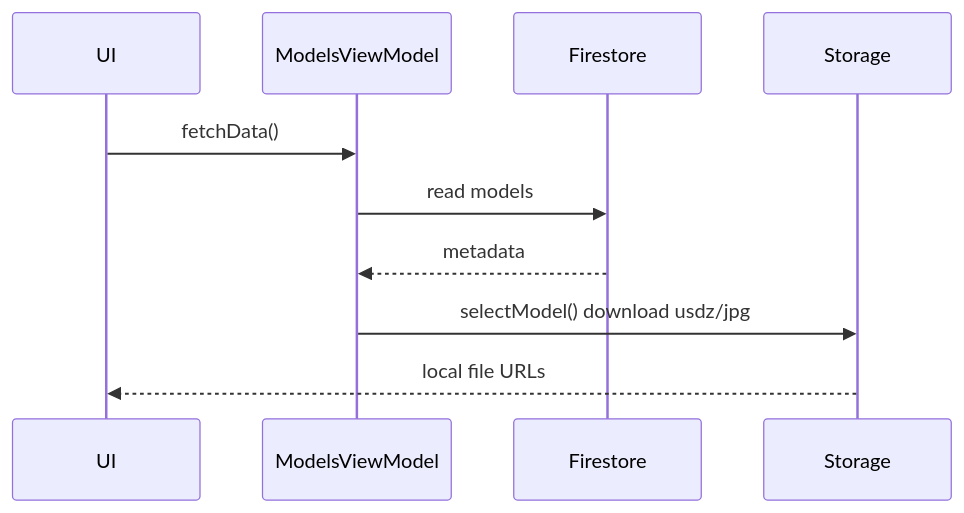
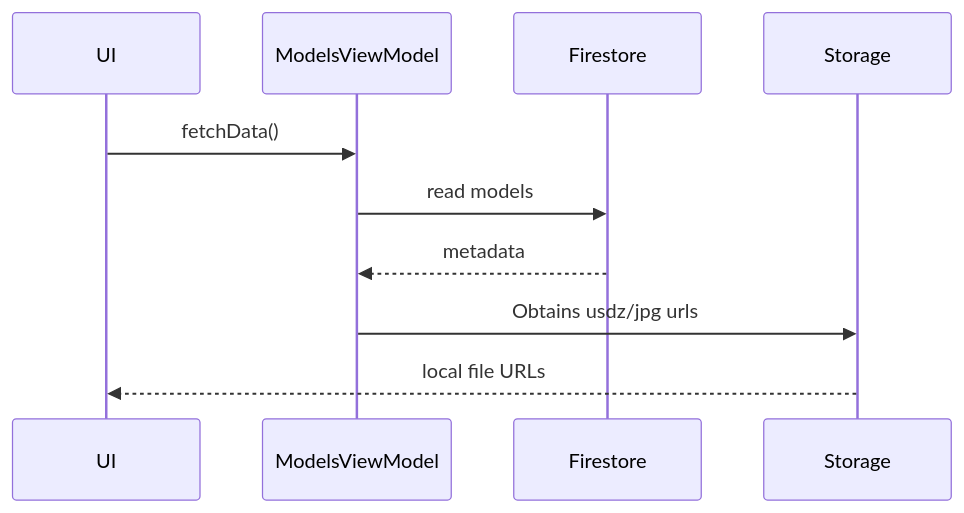
One commit to RyanEAA/Artifacts changed the fifth of 7 diagrams in README.md. Above: the diagram before and after it, drawn with Mermaid.

Commit message:
updated read me oh how loading 3d models works

````diff
--- a/README.md
+++ b/README.md
@@ -320,8 +320,8 @@
 ```mermaid
 sequenceDiagram
   UI->>ModelsViewModel: fetchData()
   ModelsViewModel->>Firestore: read models
   Firestore-->>ModelsViewModel: metadata
-  ModelsViewModel->>Storage: selectModel() download usdz/jpg
+  ModelsViewModel->>Storage: Obtains usdz/jpg urls
   Storage-->>UI: local file URLs
 ```
````
